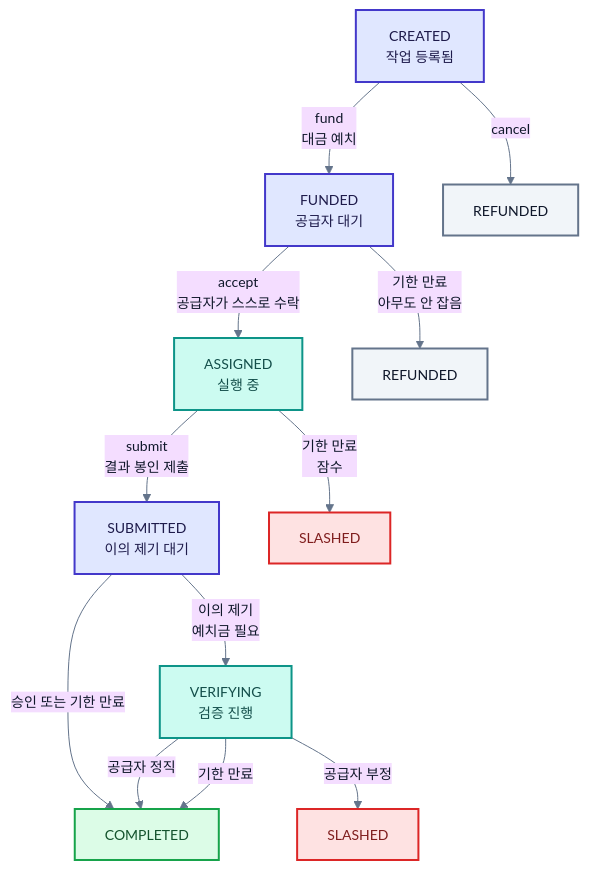
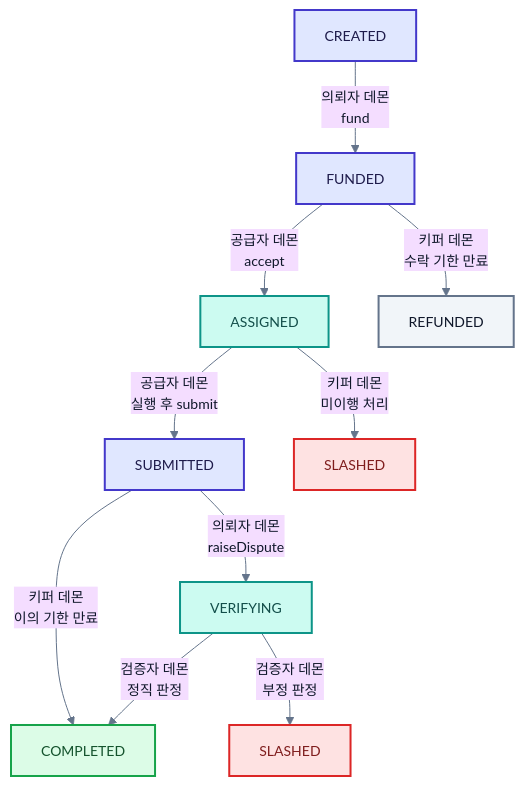
One commit to tnscjf3146/g-shared changed the diagram in docs/김상해.md. Above: the diagram before and after it, drawn with Mermaid. The commit also changed other lines of this file, not shown here.

````diff
--- a/docs/김상해.md
+++ b/docs/김상해.md
@@ -103,27 +108,25 @@
 ```mermaid
 %%{init: {'theme':'base','themeVariables':{'fontSize':'14px','lineColor':'#64748b','primaryTextColor':'#0f172a'}}}%%
 flowchart TD
-    A["CREATED<br/>작업 등록됨"] -->|"fund<br/>대금 예치"| B["FUNDED<br/>공급자 대기"]
-    A -->|"cancel"| R1["REFUNDED"]
-    B -->|"accept<br/>공급자가 스스로 수락"| C["ASSIGNED<br/>실행 중"]
-    B -->|"기한 만료<br/>아무도 안 잡음"| R2["REFUNDED"]
-    C -->|"submit<br/>결과 봉인 제출"| D["SUBMITTED<br/>이의 제기 대기"]
-    C -->|"기한 만료<br/>잠수"| S1["SLASHED"]
-    D -->|"승인 또는 기한 만료"| E["COMPLETED"]
-    D -->|"이의 제기<br/>예치금 필요"| F["VERIFYING<br/>검증 진행"]
-    F -->|"공급자 정직"| E
-    F -->|"공급자 부정"| S2["SLASHED"]
-    F -->|"기한 만료"| E
+    A["CREATED"] -->|"의뢰자 데몬<br/>fund"| B["FUNDED"]
+    B -->|"공급자 데몬<br/>accept"| C["ASSIGNED"]
+    B -->|"키퍼 데몬<br/>수락 기한 만료"| R["REFUNDED"]
+    C -->|"공급자 데몬<br/>실행 후 submit"| D["SUBMITTED"]
+    C -->|"키퍼 데몬<br/>미이행 처리"| S1["SLASHED"]
+    D -->|"의뢰자 데몬<br/>raiseDispute"| F["VERIFYING"]
+    D -->|"키퍼 데몬<br/>이의 기한 만료"| E["COMPLETED"]
+    F -->|"검증자 데몬<br/>정직 판정"| E
+    F -->|"검증자 데몬<br/>부정 판정"| S2["SLASHED"]
 
     classDef wait fill:#e0e7ff,stroke:#4338ca,stroke-width:2px,color:#1e1b4b
     classDef run fill:#ccfbf1,stroke:#0d9488,stroke-width:2px,color:#134e4a
     classDef good fill:#dcfce7,stroke:#16a34a,stroke-width:2px,color:#14532d
     classDef bad fill:#fee2e2,stroke:#dc2626,stroke-width:2px,color:#7f1d1d
     classDef neutral fill:#f1f5f9,stroke:#64748b,stroke-width:2px,color:#0f172a
 
     class A,B,D wait
     class C,F run
     class E good
     class S1,S2 bad
-    class R1,R2 neutral
+    class R neutral
 ```
````
